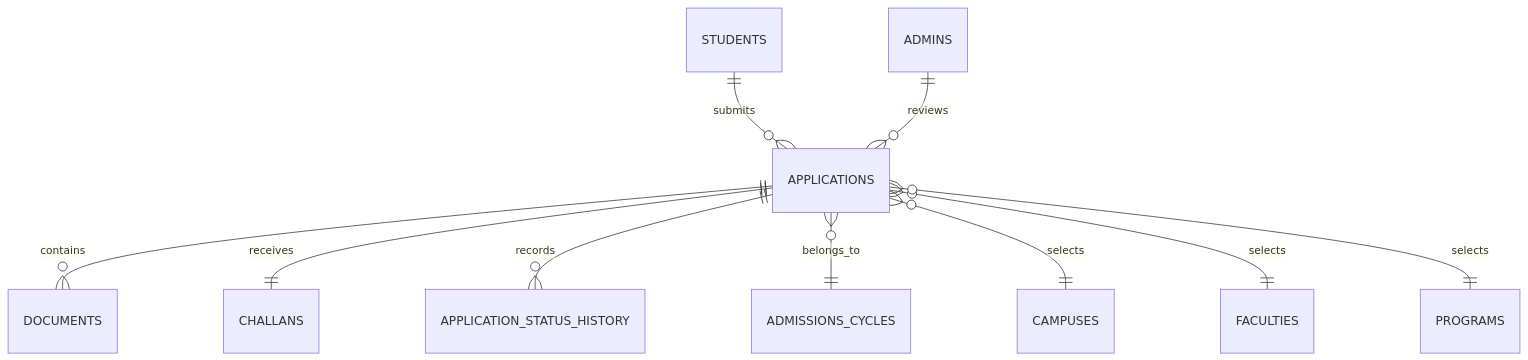
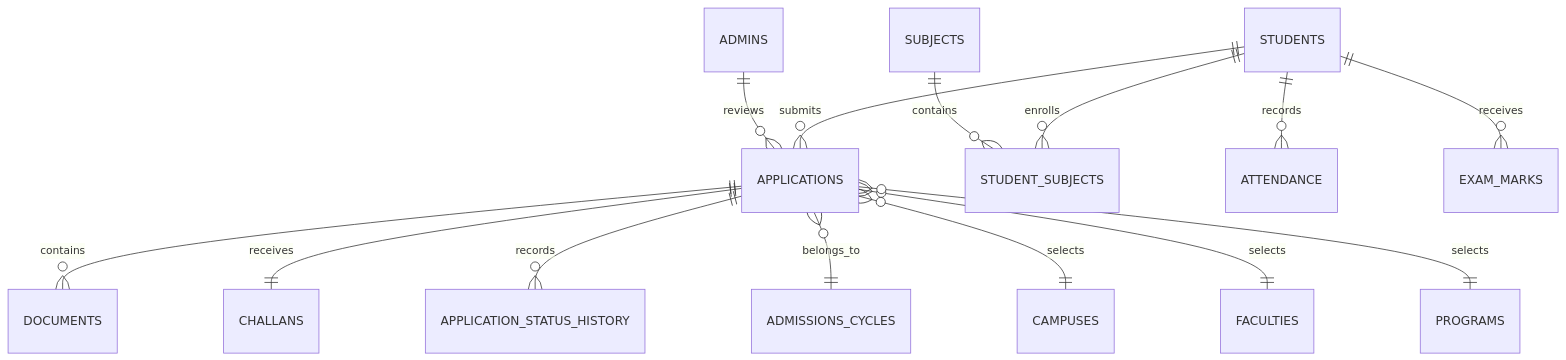
The diagram in README.md (ahmershahdev/Ahmer-Institute-of-Technology), drawn with Mermaid before and after one commit. The commit also changed other lines of this file and 18 other files, not shown here.

````diff
--- a/README.md
+++ b/README.md
@@ -83,12 +85,16 @@
 ```mermaid
 erDiagram
   STUDENTS ||--o{ APPLICATIONS : submits
+  STUDENTS ||--o{ STUDENT_SUBJECTS : enrolls
+  SUBJECTS ||--o{ STUDENT_SUBJECTS : contains
+  STUDENTS ||--o{ ATTENDANCE : records
+  STUDENTS ||--o{ EXAM_MARKS : receives
   APPLICATIONS ||--o{ DOCUMENTS : contains
   APPLICATIONS ||--|| CHALLANS : receives
   APPLICATIONS ||--o{ APPLICATION_STATUS_HISTORY : records
   ADMINS ||--o{ APPLICATIONS : reviews
   APPLICATIONS }o--|| ADMISSIONS_CYCLES : belongs_to
   APPLICATIONS }o--|| CAMPUSES : selects
   APPLICATIONS }o--|| FACULTIES : selects
   APPLICATIONS }o--|| PROGRAMS : selects
 ```
````
